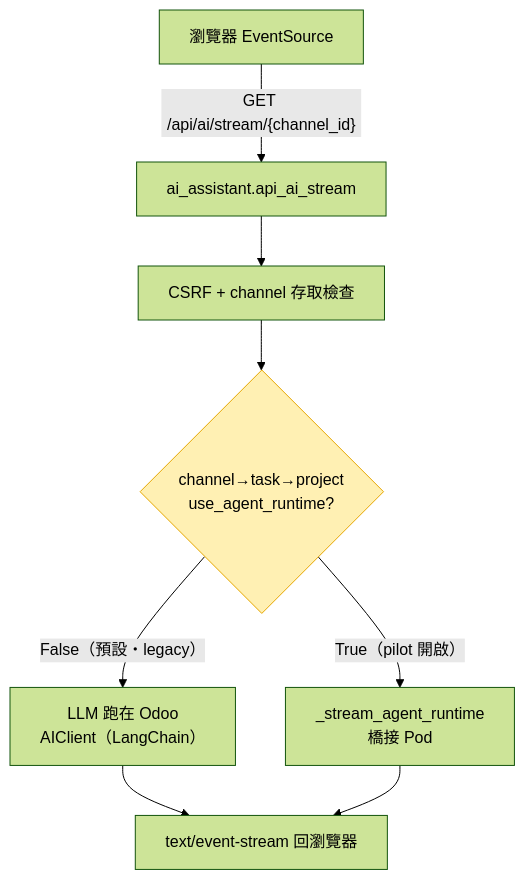
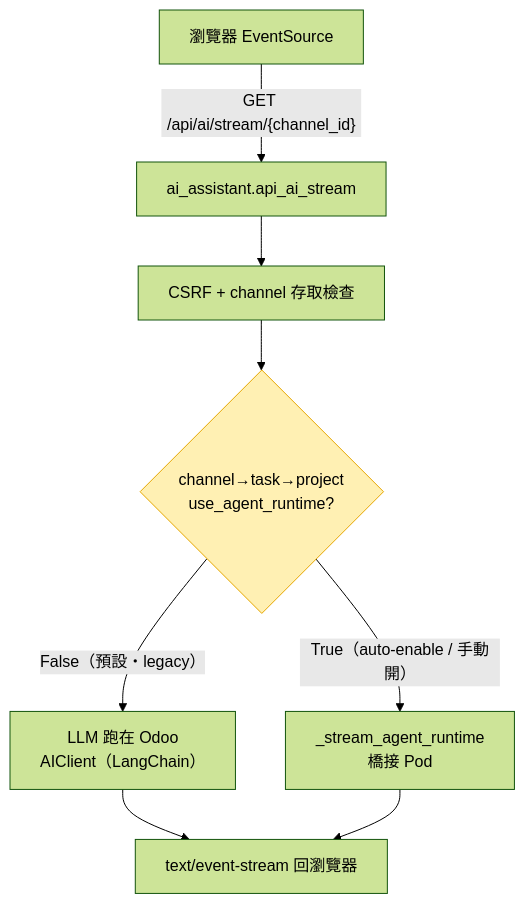
One commit to WOOWTECH/odoo-addon-woow-paas-platform changed the first of 3 diagrams in docs/guides/paas-skill-system/02-conversation-streaming.md. Above: the diagram before and after it, drawn with Mermaid (forest theme). The commit also changed other lines of this file and 28 other files, not shown here.

````diff
--- a/docs/guides/paas-skill-system/02-conversation-streaming.md
+++ b/docs/guides/paas-skill-system/02-conversation-streaming.md
@@ -20,11 +20,11 @@
 ```mermaid
 graph TB
     BROWSER["瀏覽器 EventSource"] -->|"GET /api/ai/stream/{channel_id}"| ENTRY["ai_assistant.api_ai_stream"]
     ENTRY --> CSRF["CSRF + channel 存取檢查"]
     CSRF --> GATE{"channel→task→project<br/>use_agent_runtime?"}
     GATE -->|"False（預設・legacy）"| LEGACY["LLM 跑在 Odoo<br/>AIClient（LangChain）"]
-    GATE -->|"True（pilot 開啟）"| POD["_stream_agent_runtime<br/>橋接 Pod"]
+    GATE -->|"True（auto-enable / 手動開）"| POD["_stream_agent_runtime<br/>橋接 Pod"]
     LEGACY --> SSE["text/event-stream 回瀏覽器"]
     POD --> SSE
     style GATE fill:#fff0b3,stroke:#e6a700
 ```
````
